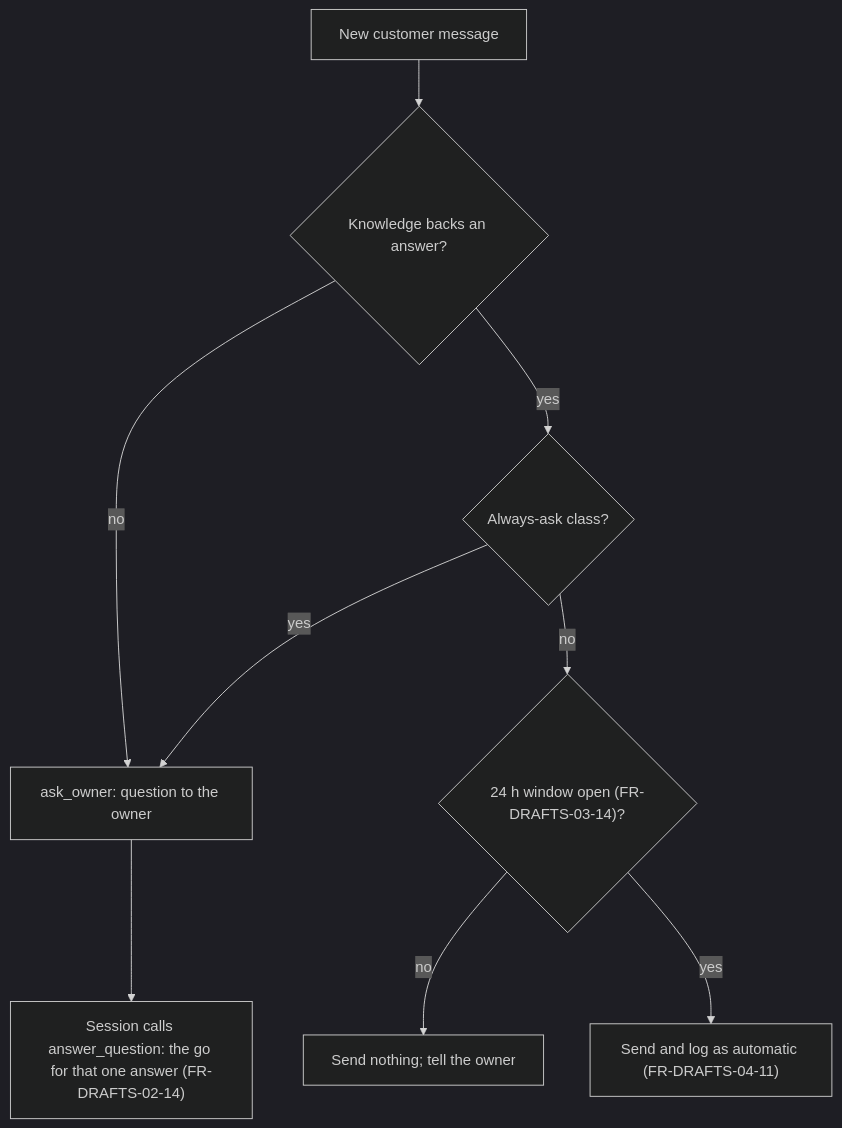
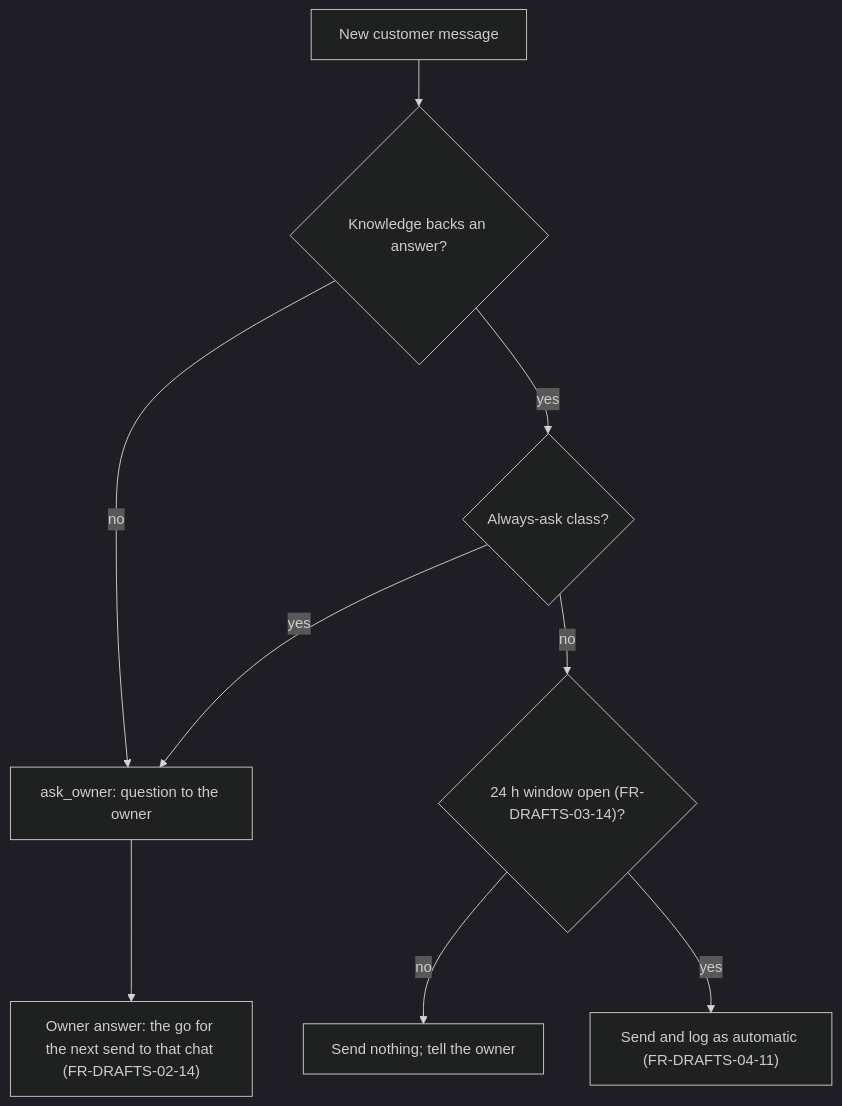
The diagram in docs/drafts/adr/ADR-013-pilot-automatic-send.md (antonygiomarxdev/deputy), drawn with Mermaid (dark theme) before and after one commit. The commit also changed other lines of this file and 3 other files, not shown here.

First line of the commit message:
docs: the owner's answer is the go for the next send to its customer chat

````diff
--- a/docs/drafts/adr/ADR-013-pilot-automatic-send.md
+++ b/docs/drafts/adr/ADR-013-pilot-automatic-send.md
@@ -19,11 +19,11 @@
 ```mermaid
 flowchart TD
   A["New customer message"] --> B{"Knowledge backs an answer?"}
   B -- no --> Q["ask_owner: question to the owner"]
-  Q --> R["Session calls answer_question: the go for that one answer (FR-DRAFTS-02-14)"]
+  Q --> R["Owner answer: the go for the next send to that chat (FR-DRAFTS-02-14)"]
   B -- yes --> C{"Always-ask class?"}
   C -- yes --> Q
   C -- no --> W{"24 h window open (FR-DRAFTS-03-14)?"}
   W -- no --> T["Send nothing; tell the owner"]
   W -- yes --> S["Send and log as automatic (FR-DRAFTS-04-11)"]
 ```
````
